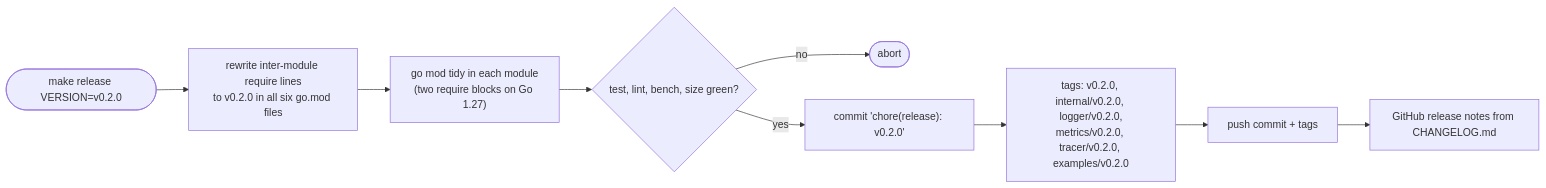
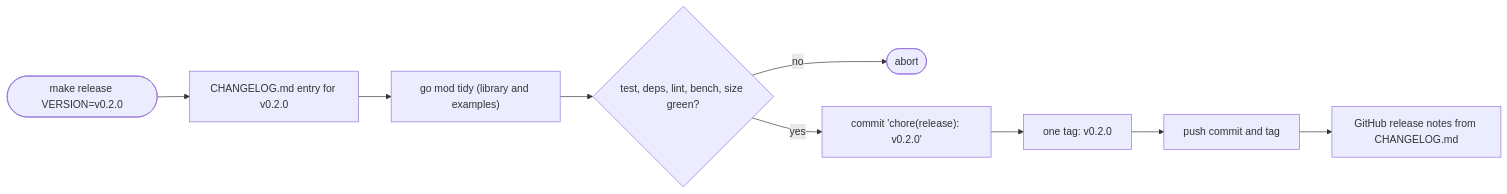
One commit to christiangda/powertools-lambda-go-plan changed the second of 2 diagrams in 06-testing-and-ci.md. Above: the diagram before and after it, drawn with Mermaid. The commit also changed other lines of this file and 9 other files, not shown here.

Commit message:
One module and one version for every component

````diff
--- a/06-testing-and-ci.md
+++ b/06-testing-and-ci.md
@@ -134,11 +123,11 @@
 ```mermaid
 flowchart LR
-  start(["make release VERSION=v0.2.0"]) --> req["rewrite inter-module require lines<br/>to v0.2.0 in all six go.mod files"]
-  req --> tidy["go mod tidy in each module<br/>(two require blocks on Go 1.27)"]
-  tidy --> ci{test, lint, bench, size green?}
+  start(["make release VERSION=v0.2.0"]) --> cl["CHANGELOG.md entry for v0.2.0"]
+  cl --> tidy["go mod tidy (library and examples)"]
+  tidy --> ci{test, deps, lint, bench, size green?}
   ci -- no --> stop([abort])
   ci -- yes --> commit["commit 'chore(release): v0.2.0'"]
-  commit --> tags["tags: v0.2.0, internal/v0.2.0, logger/v0.2.0,<br/>metrics/v0.2.0, tracer/v0.2.0, examples/v0.2.0"]
-  tags --> push["push commit + tags"]
+  commit --> tag["one tag: v0.2.0"]
+  tag --> push["push commit and tag"]
   push --> notes["GitHub release notes from CHANGELOG.md"]
 ```
````
